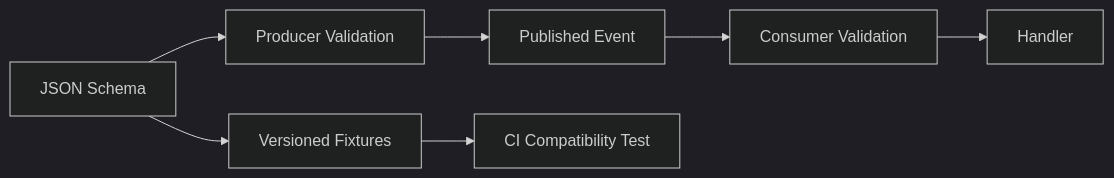
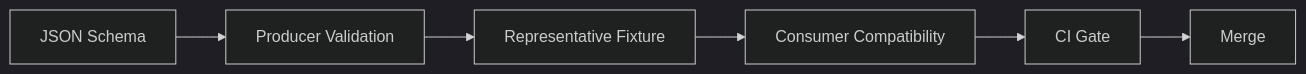
Before and after one commit to D-engahmed/OMILINKS: the diagram in docs/events/schemas/README.md, drawn with Mermaid (dark theme). The commit also changed other lines of this file and 6 other files, not shown here.

Commit message:
docs: add versioned event schemas and fixtures

```diff
--- a/docs/events/schemas/README.md
+++ b/docs/events/schemas/README.md
@@ -66,9 +27,8 @@
 ~~~mermaid
 flowchart LR
-SCHEMA[JSON Schema] --> PRODUCER[Producer Validation]
-PRODUCER --> EVENT[Published Event]
-EVENT --> CONSUMER[Consumer Validation]
-CONSUMER --> HANDLER[Handler]
-SCHEMA --> FIXTURE[Versioned Fixtures]
-FIXTURE --> CI[CI Compatibility Test]
+SCHEMA[JSON Schema] --> VALIDATE[Producer Validation]
+VALIDATE --> FIXTURE[Representative Fixture]
+FIXTURE --> COMPAT[Consumer Compatibility]
+COMPAT --> CI[CI Gate]
+CI --> MERGE[Merge]
 ~~~
```
